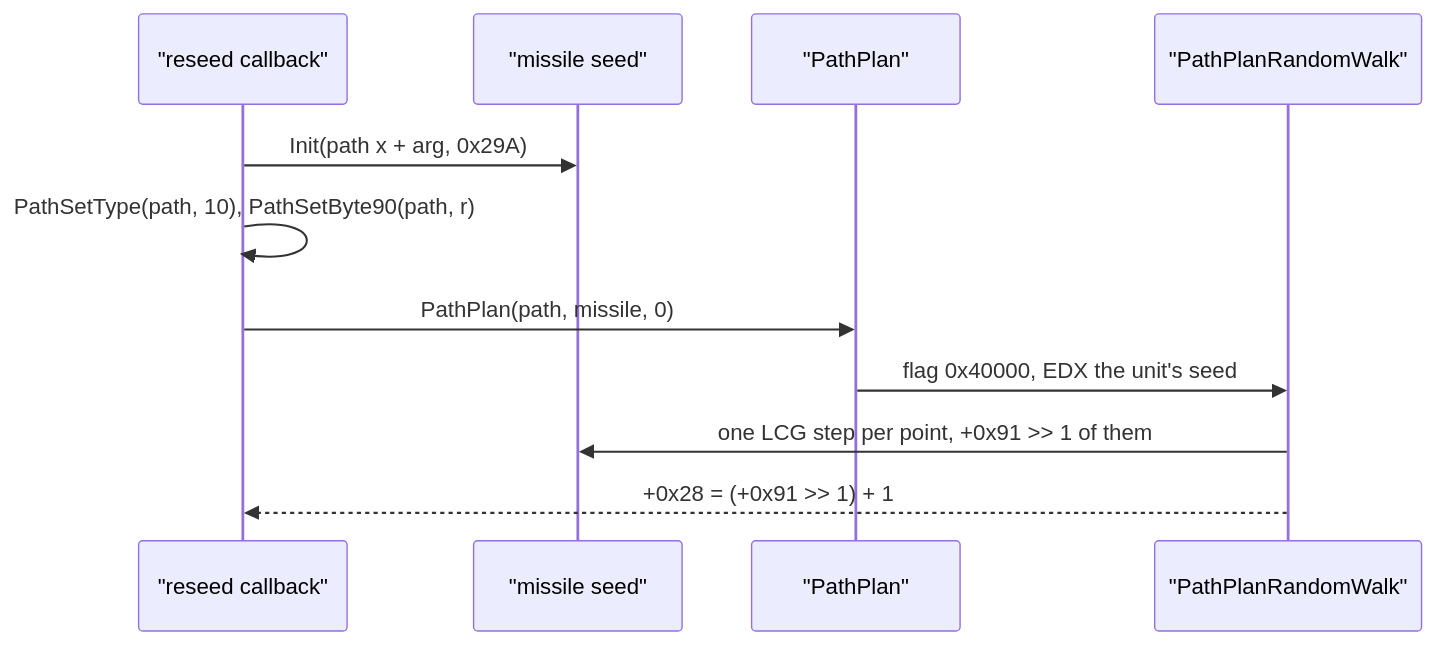
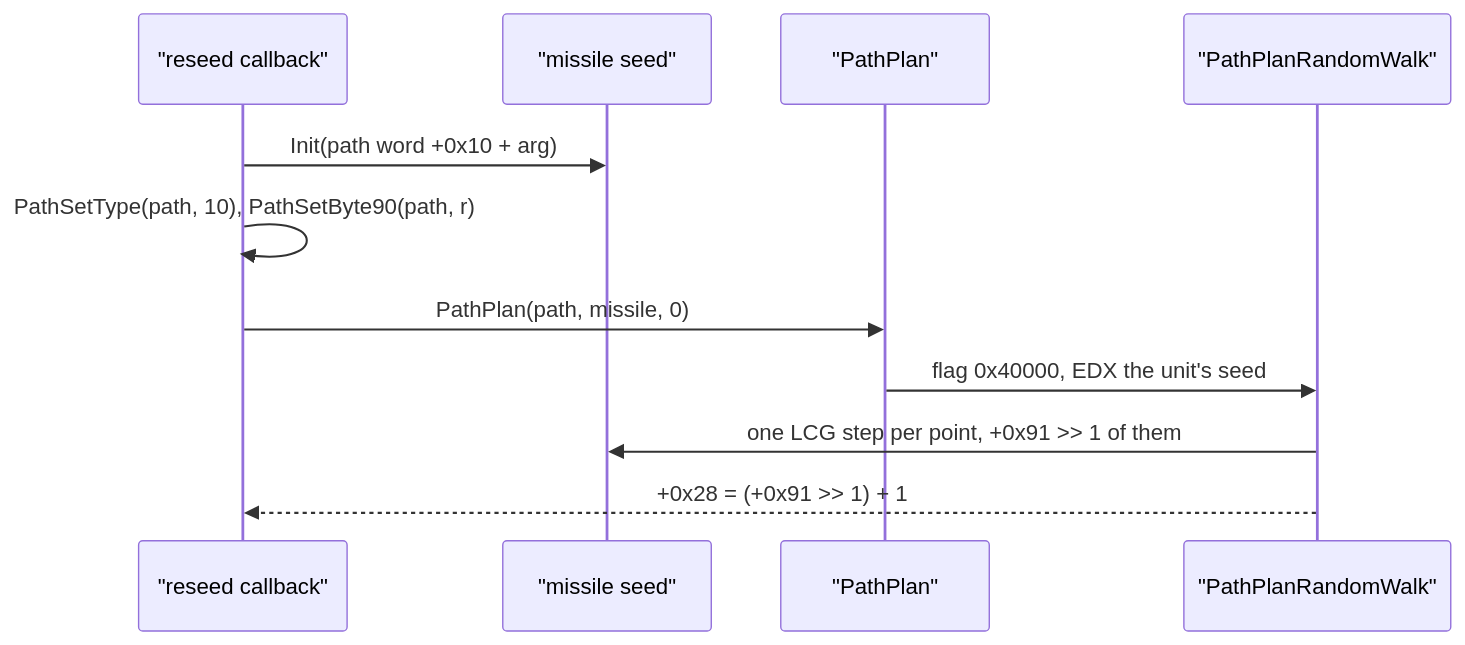
Before and after one commit to IgorKonovalov/diablo-2-recompilation: the fourth of 4 diagrams in docs/specs/path/README.md, drawn with Mermaid. The commit also changed other lines of this file and 11 other files, not shown here.

````diff
--- a/docs/specs/path/README.md
+++ b/docs/specs/path/README.md
@@ -340,13 +346,13 @@
 ```mermaid
 sequenceDiagram
   participant C as "reseed callback"
   participant S as "missile seed"
   participant P as "PathPlan"
   participant W as "PathPlanRandomWalk"
-  C->>S: Init(path x + arg, 0x29A)
+  C->>S: Init(path word +0x10 + arg)
   C->>C: PathSetType(path, 10), PathSetByte90(path, r)
   C->>P: PathPlan(path, missile, 0)
   P->>W: flag 0x40000, EDX the unit's seed
   W->>S: one LCG step per point, +0x91 >> 1 of them
   W-->>C: +0x28 = (+0x91 >> 1) + 1
 ```
````
